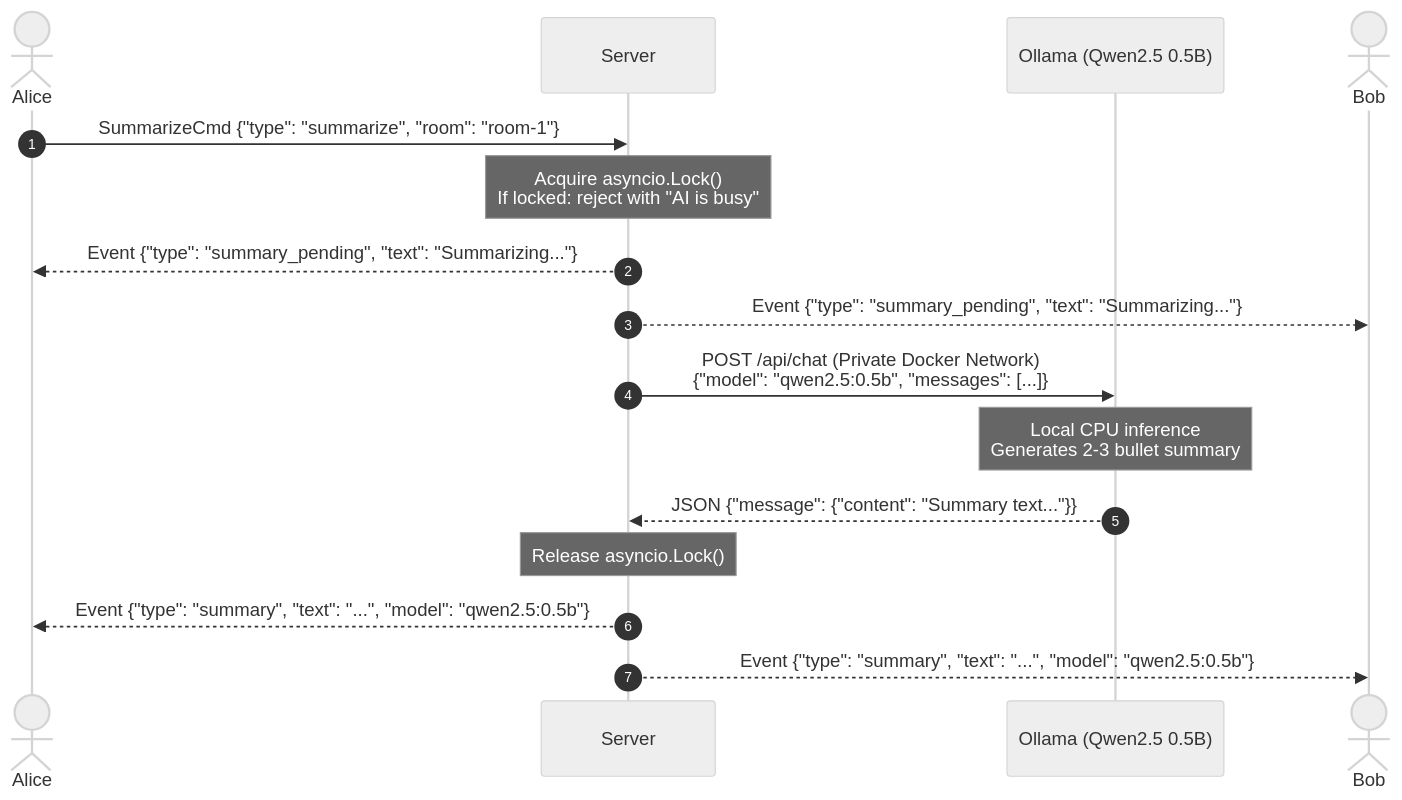
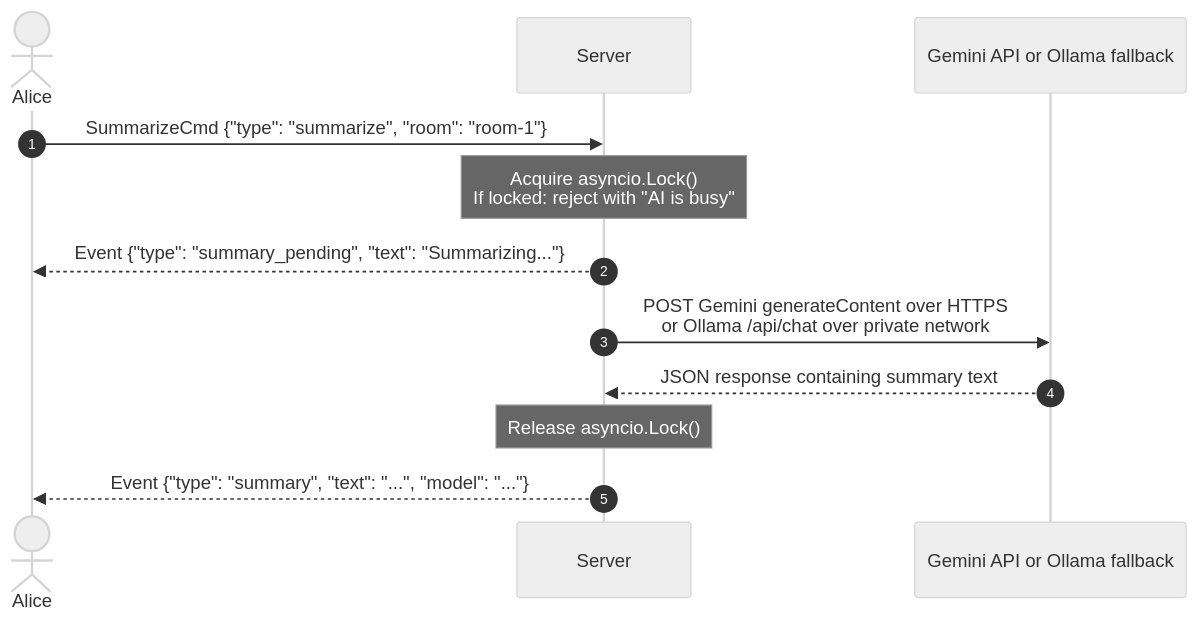
Before and after one commit to Quackudy/2110471-Computer-Network-I-Websocket-Project: the third of 3 diagrams in docs/how_it_works.md, drawn with Mermaid (neutral theme). The commit also changed other lines of this file and 9 other files, not shown here.

Commit message:
Add optional Gemini summaries with local fallback

````diff
--- a/docs/how_it_works.md
+++ b/docs/how_it_works.md
@@ -223,21 +223,16 @@
 ```mermaid
 sequenceDiagram
     autonumber
     actor Alice as Alice
     participant S as Server
-    participant AI as Ollama (Qwen2.5 0.5B)
-    actor Bob as Bob
+    participant AI as Gemini API or Ollama fallback
 
     Alice->>S: SummarizeCmd {"type": "summarize", "room": "room-1"}
     Note over S: Acquire asyncio.Lock()<br/>If locked: reject with "AI is busy"
     S-->>Alice: Event {"type": "summary_pending", "text": "Summarizing..."}
-    S-->>Bob: Event {"type": "summary_pending", "text": "Summarizing..."}
-    
-    S->>AI: POST /api/chat (Private Docker Network)<br/>{"model": "qwen2.5:0.5b", "messages": [...]}
-    Note over AI: Local CPU inference<br/>Generates 2-3 bullet summary
-    AI-->>S: JSON {"message": {"content": "Summary text..."}}
+    S->>AI: POST Gemini generateContent over HTTPS<br/>or Ollama /api/chat over private network
+    AI-->>S: JSON response containing summary text
     
     Note over S: Release asyncio.Lock()
-    S-->>Alice: Event {"type": "summary", "text": "...", "model": "qwen2.5:0.5b"}
-    S-->>Bob: Event {"type": "summary", "text": "...", "model": "qwen2.5:0.5b"}
+    S-->>Alice: Event {"type": "summary", "text": "...", "model": "..."}
 ```
````
